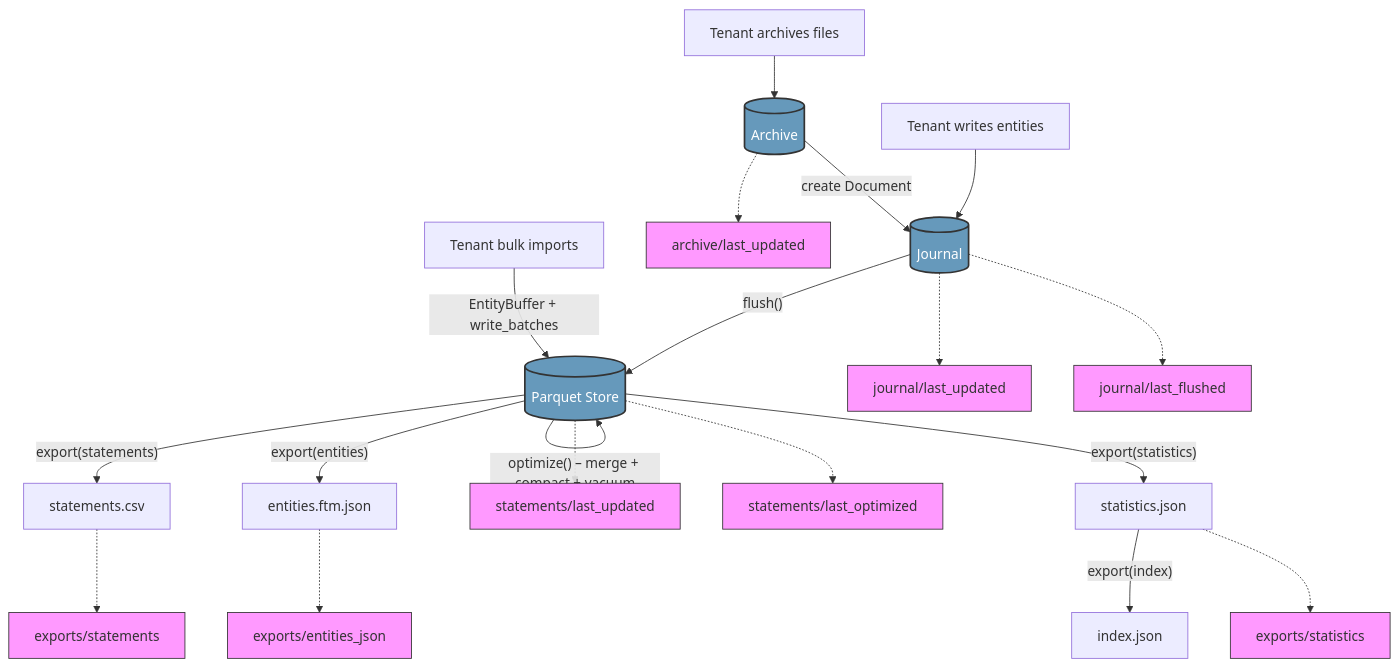
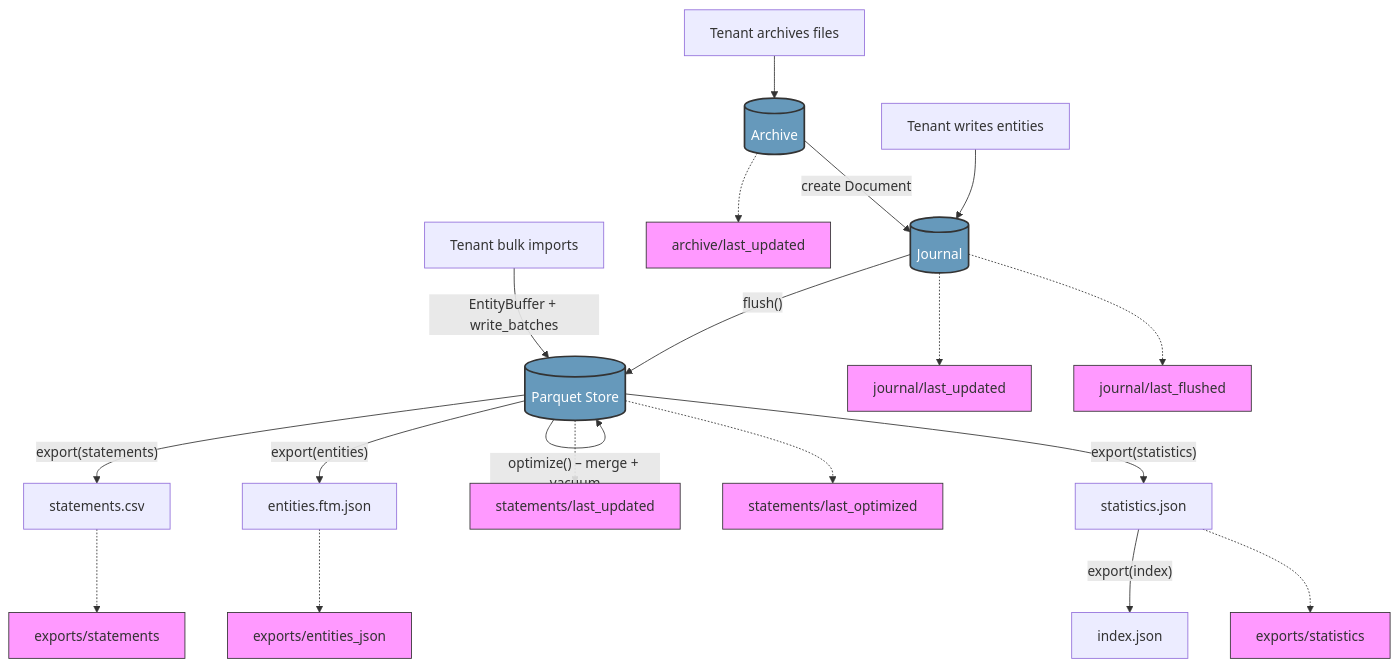
The second of 2 diagrams in docs/architecture.md (openaleph/ftm-lakehouse), drawn with Mermaid before and after one commit. The commit also changed other lines of this file and 14 other files, not shown here.

````diff
--- a/docs/architecture.md
+++ b/docs/architecture.md
@@ -348,30 +346,30 @@
 ```mermaid
 flowchart TD
     A[Tenant writes entities] --> B[(Journal)]
     A2[Tenant archives files] --> AR[(Archive)]
     AR -.-> T0[archive/last_updated]
     AR --> |"create Document"| B
 
     B --> |"flush()"| C[(Parquet Store)]
     A3[Tenant bulk imports] --> |"EntityBuffer + write_batches"| C
 
-    C --> |"optimize() – merge + compact + vacuum"| C
+    C --> |"optimize() – merge + vacuum"| C
 
     C --> |"export(statements)"| D[statements.csv]
     C --> |"export(entities)"| E[entities.ftm.json]
     C --> |"export(statistics)"| F[statistics.json]
     F --> |"export(index)"| G[index.json]
 
     B -.-> T1[journal/last_updated]
     B -.-> T1b[journal/last_flushed]
     C -.-> T2[statements/last_updated]
     C -.-> T2a[statements/last_optimized]
     D -.-> T3[exports/statements]
     E -.-> T4[exports/entities_json]
     F -.-> T5[exports/statistics]
 
     classDef tag fill:#f9f,stroke:#333,stroke-width:1px
     classDef storage fill:#69b,stroke:#333,stroke-width:2px,color:#fff
     class T0,T1,T1b,T2,T2a,T3,T4,T5 tag
     class B,C,AR storage
 ```
````
